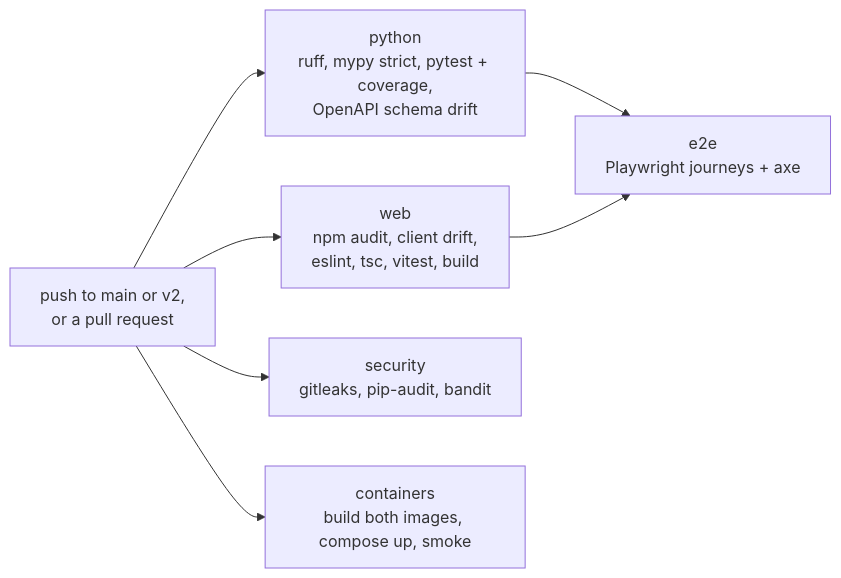
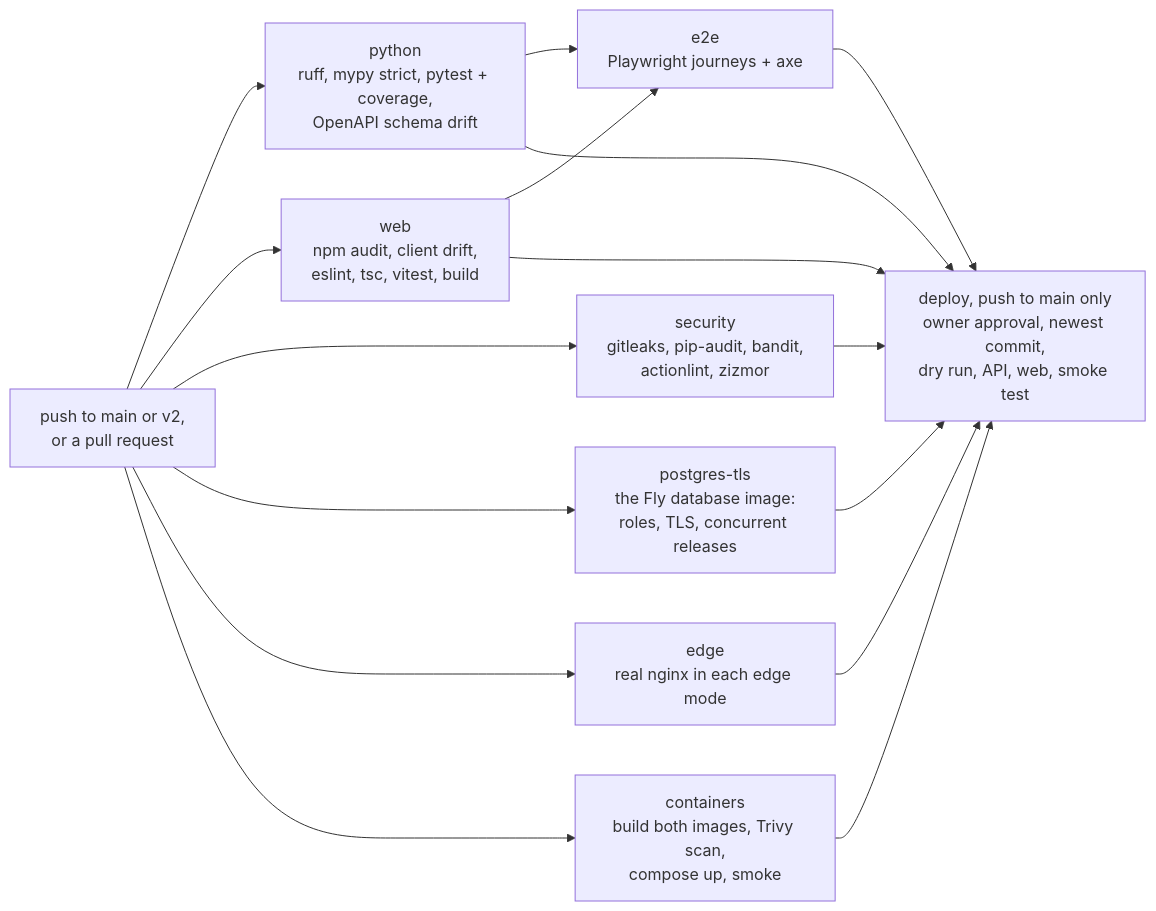
One commit to amit-badave-04/hotel-curator changed the sixth of 6 diagrams in docs/architecture/online.md. Above: the diagram before and after it, drawn with Mermaid. The commit also changed other lines of this file and 34 other files, not shown here.

````diff
--- a/docs/architecture/online.md
+++ b/docs/architecture/online.md
@@ -141,9 +201,12 @@
 ```mermaid
 flowchart LR
   push[push to main or v2,<br/>or a pull request] --> python[python<br/>ruff, mypy strict, pytest + coverage,<br/>OpenAPI schema drift]
   push --> webjob[web<br/>npm audit, client drift,<br/>eslint, tsc, vitest, build]
-  push --> security[security<br/>gitleaks, pip-audit, bandit]
-  push --> containers[containers<br/>build both images, compose up, smoke]
+  push --> security[security<br/>gitleaks, pip-audit, bandit,<br/>actionlint, zizmor]
+  push --> pg[postgres-tls<br/>the Fly database image:<br/>roles, TLS, concurrent releases]
+  push --> edge[edge<br/>real nginx in each edge mode]
+  push --> containers[containers<br/>build both images, Trivy scan,<br/>compose up, smoke]
   python --> e2e[e2e<br/>Playwright journeys + axe]
   webjob --> e2e
+  python & webjob & security & pg & edge & e2e & containers --> deploy[deploy, push to main only<br/>owner approval, newest commit,<br/>dry run, API, web, smoke test]
 ```
````
